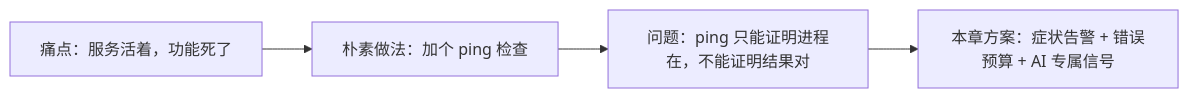
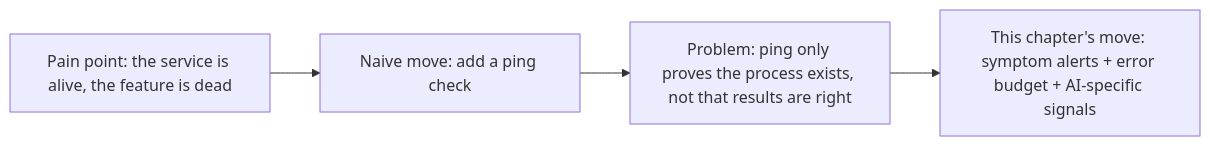
One commit to xzlxiao/vibe-coding-textbook changed the first of 2 diagrams in phase5/chapters/ch05-observability.md. Above: the diagram before and after it, drawn with Mermaid. The commit also changed other lines of this file and 10 other files, not shown here.

````diff
--- a/phase5/chapters/ch05-observability.md
+++ b/phase5/chapters/ch05-observability.md
@@ -37,6 +37,6 @@
 ```mermaid
 flowchart LR
-    P["痛点：服务活着，功能死了"] --> N["朴素做法：加个 ping 检查"]
-    N --> F["问题：ping 只能证明进程在，不能证明结果对"]
-    F --> S["本章方案：症状告警 + 错误预算 + AI 专属信号"]
+    P["Pain point: the service is alive, the feature is dead"] --> N["Naive move: add a ping check"]
+    N --> F["Problem: ping only proves the process exists, not that results are right"]
+    F --> S["This chapter's move: symptom alerts + error budget + AI-specific signals"]
 ```
````
